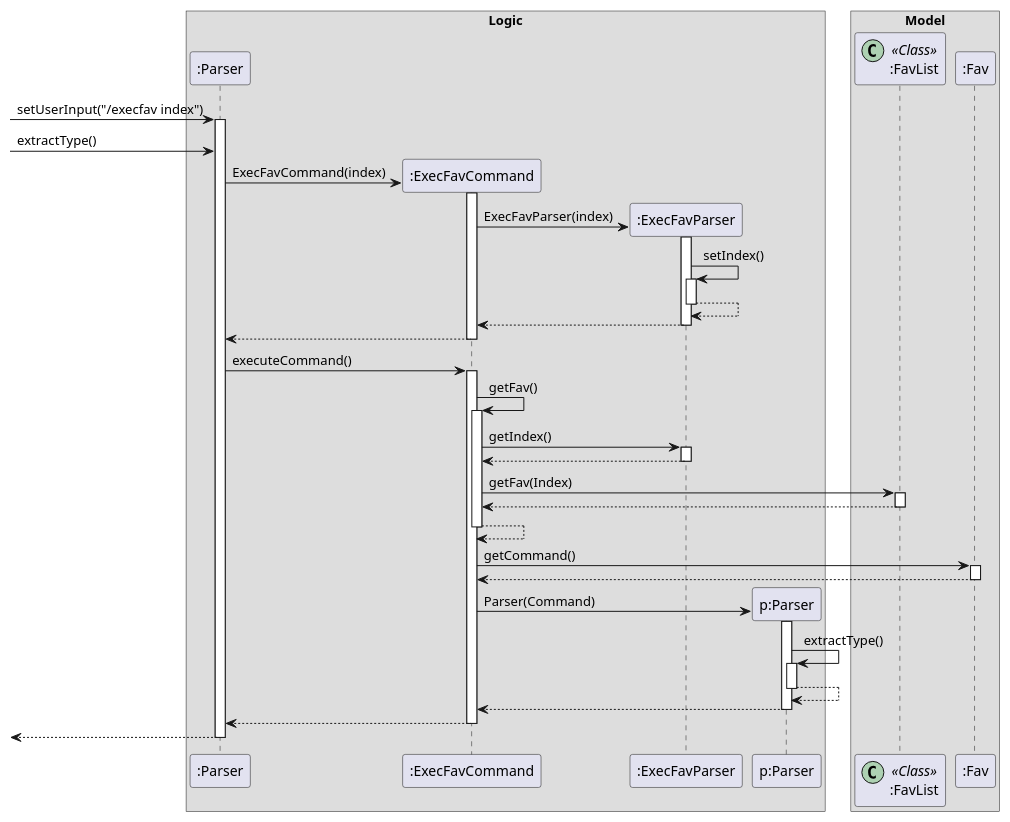
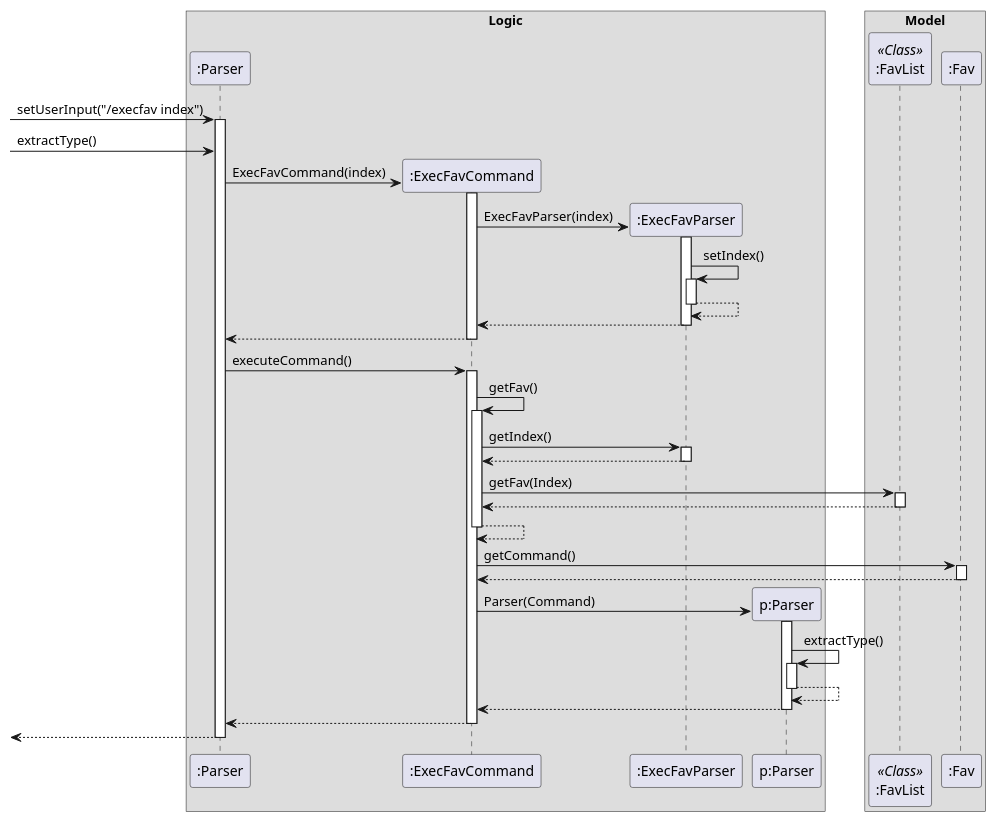
Before and after one commit to nus-cs2113-AY2021S1/tp: the diagram in docs/DG_Diagrams/ExecFavCommand.puml, drawn with PlantUML.

Commit message:
Remove icon from ExecFavCommand seq diagram

```diff
--- a/docs/DG_Diagrams/ExecFavCommand.puml
+++ b/docs/DG_Diagrams/ExecFavCommand.puml
@@ -1,73 +1,73 @@
 @startuml
 box Logic
 participant ":Parser"
 participant ":ExecFavCommand"
 participant ":ExecFavParser"
 participant "p:Parser"
 end box
 
 box Model
-participant ":FavList" <<(C,#ADD1B2) Class>>
+participant ":FavList" <<Class>>
 participant ":Fav"
 end box
 
 [-> ":Parser": setUserInput("/execfav index")
 activate ":Parser"
 [-> ":Parser": extractType()
 
 create ":ExecFavCommand"
 ":Parser" -> ":ExecFavCommand": ExecFavCommand(index)
 activate ":ExecFavCommand"
 
 create ":ExecFavParser"
 ":ExecFavCommand" -> ":ExecFavParser": ExecFavParser(index)
 activate ":ExecFavParser"
 ":ExecFavParser" -> ":ExecFavParser": setIndex()
 activate ":ExecFavParser"
 ":ExecFavParser" --> ":ExecFavParser"
 deactivate ":ExecFavParser"
 ":ExecFavParser"-->":ExecFavCommand"
 deactivate ":ExecFavParser"
 ":ExecFavCommand"--> ":Parser"
 deactivate ":ExecFavCommand"
 
 ":Parser" -> ":ExecFavCommand": executeCommand()
 activate ":ExecFavCommand"
 ":ExecFavCommand" ->":ExecFavCommand": getFav()
 activate ":ExecFavCommand"
 ":ExecFavCommand" -> ":ExecFavParser": getIndex()
 activate ":ExecFavParser"
 ":ExecFavParser"-->":ExecFavCommand"
 deactivate ":ExecFavParser"
 
 
 
 ":ExecFavCommand" -> ":FavList": getFav(Index)
 activate ":FavList"
 ":FavList" --> ":ExecFavCommand"
 deactivate ":FavList"
 ":ExecFavCommand" --> ":ExecFavCommand"
 deactivate ":ExecFavCommand"
 ":ExecFavCommand" -> ":Fav": getCommand()
 activate ":Fav"
 ":Fav"-->":ExecFavCommand"
 deactivate ":Fav"
 
 create "p:Parser"
 ":ExecFavCommand" -> "p:Parser": Parser(Command)
 activate "p:Parser"
 "p:Parser"->"p:Parser": extractType()
 activate "p:Parser"
 "p:Parser"-->"p:Parser"
 deactivate "p:Parser"
 "p:Parser"-->":ExecFavCommand"
 deactivate "p:Parser"
 ":ExecFavCommand"--> ":Parser"
 deactivate ":ExecFavCommand"
 [<--":Parser"
 deactivate ":Parser"
 
 
 
 
 @enduml
```
